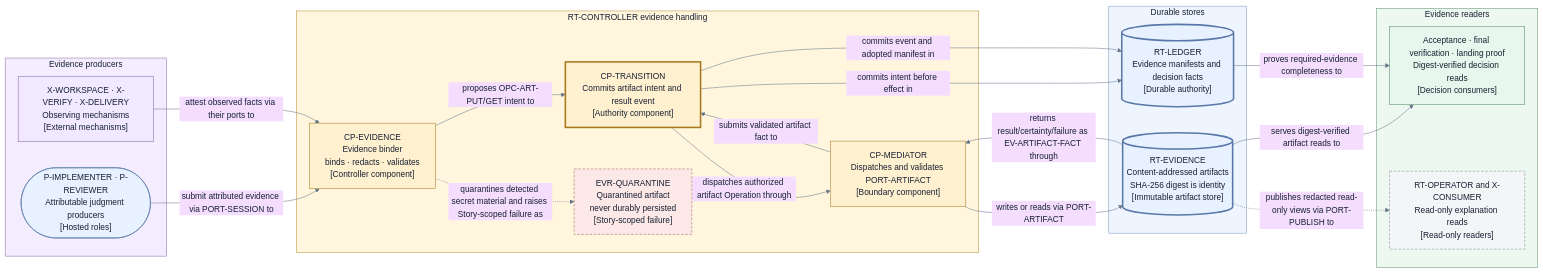
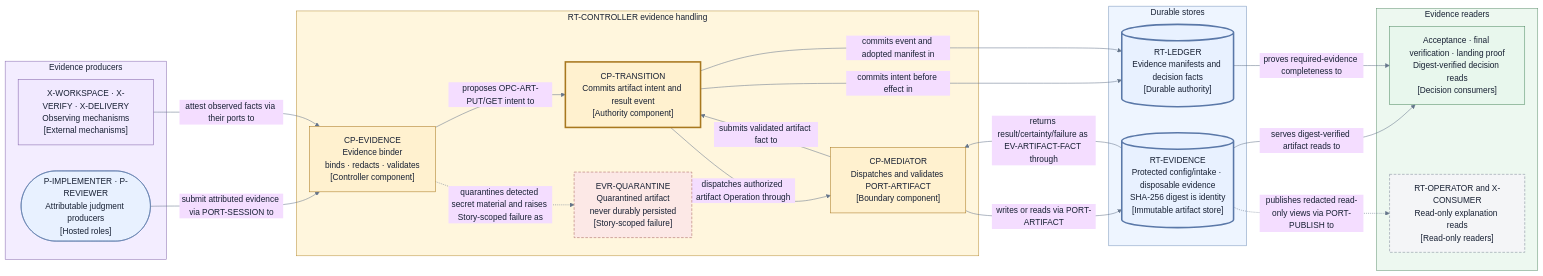
Before and after one commit to agentic-workflow-kit/jig: the diagram in docs/redesign/design/evidence-handling.md, drawn with Mermaid. The commit also changed other lines of this file and 20 other files, not shown here.

````diff
--- a/docs/redesign/design/evidence-handling.md
+++ b/docs/redesign/design/evidence-handling.md
@@ -151,60 +257,60 @@
 ```mermaid
 %%{init: {"theme": "base", "themeVariables": {"fontFamily": "Inter, ui-sans-serif, system-ui", "primaryTextColor": "#172033", "lineColor": "#65758b"}}}%%
 flowchart LR
     subgraph Producers["Evidence producers"]
         People(["P-IMPLEMENTER · P-REVIEWER<br/>Attributable judgment producers<br/>[Hosted roles]"])
         Mech["X-WORKSPACE · X-VERIFY · X-DELIVERY<br/>Observing mechanisms<br/>[External mechanisms]"]
     end
 
     subgraph Controller["RT-CONTROLLER evidence handling"]
         Binder["CP-EVIDENCE<br/>Evidence binder<br/>binds · redacts · validates<br/>[Controller component]"]
         Transition["CP-TRANSITION<br/>Commits artifact intent and result event<br/>[Authority component]"]
         Mediator["CP-MEDIATOR<br/>Dispatches and validates PORT-ARTIFACT<br/>[Boundary component]"]
         Quarantine["EVR-QUARANTINE<br/>Quarantined artifact<br/>never durably persisted<br/>[Story-scoped failure]"]
     end
 
     subgraph Durable["Durable stores"]
-        Artifact[("RT-EVIDENCE<br/>Content-addressed artifacts<br/>SHA-256 digest is identity<br/>[Immutable artifact store]")]
+        Artifact[("RT-EVIDENCE<br/>Protected config/intake · disposable evidence<br/>SHA-256 digest is identity<br/>[Immutable artifact store]")]
         Ledger[("RT-LEDGER<br/>Evidence manifests and decision facts<br/>[Durable authority]")]
     end
 
     subgraph Readers["Evidence readers"]
         Decide["Acceptance · final verification · landing proof<br/>Digest-verified decision reads<br/>[Decision consumers]"]
         Observe["RT-OPERATOR and X-CONSUMER<br/>Read-only explanation reads<br/>[Read-only readers]"]
     end
 
     People -->|"submit attributed evidence via PORT-SESSION to"| Binder
     Mech -->|"attest observed facts via their ports to"| Binder
     Binder -->|"proposes OPC-ART-PUT/GET intent to"| Transition
     Transition -->|"commits intent before effect in"| Ledger
     Transition -->|"dispatches authorized artifact Operation through"| Mediator
     Mediator -->|"writes or reads via PORT-ARTIFACT"| Artifact
     Artifact -->|"returns result/certainty/failure as EV-ARTIFACT-FACT through"| Mediator
     Mediator -->|"submits validated artifact fact to"| Transition
     Transition -->|"commits event and adopted manifest in"| Ledger
     Binder -.->|"quarantines detected secret material and raises Story-scoped failure as"| Quarantine
     Artifact -->|"serves digest-verified artifact reads to"| Decide
     Ledger -->|"proves required-evidence completeness to"| Decide
     Artifact -.->|"publishes redacted read-only views via PORT-PUBLISH to"| Observe
 
     style Producers fill:#f3edff,stroke:#8a6eb0,color:#172033
     style Controller fill:#fff6dd,stroke:#b8903a,color:#172033
     style Durable fill:#eef5ff,stroke:#7a96bd,color:#172033
     style Readers fill:#edf8f0,stroke:#659574,color:#172033
     classDef person fill:#e8f1ff,stroke:#5a78a8,color:#172033
     classDef mechanism fill:#f1e9ff,stroke:#8061a8,color:#172033
     classDef component fill:#fff1cf,stroke:#a8781f,color:#172033
     classDef authority fill:#fff1cf,stroke:#a8781f,stroke-width:3px,color:#172033
     classDef fault fill:#fce8e6,stroke:#a7615b,stroke-dasharray:5 3,color:#172033
     classDef store fill:#e8f1ff,stroke:#5a78a8,stroke-width:3px,color:#172033
     classDef decision fill:#e8f7ed,stroke:#4f8a63,color:#172033
     classDef consumer fill:#f4f5f7,stroke:#7c8798,stroke-dasharray:5 3,color:#172033
     class People person
     class Mech mechanism
     class Binder,Mediator component
     class Transition authority
     class Quarantine fault
     class Artifact,Ledger store
     class Decide decision
     class Observe consumer
 ```
````
